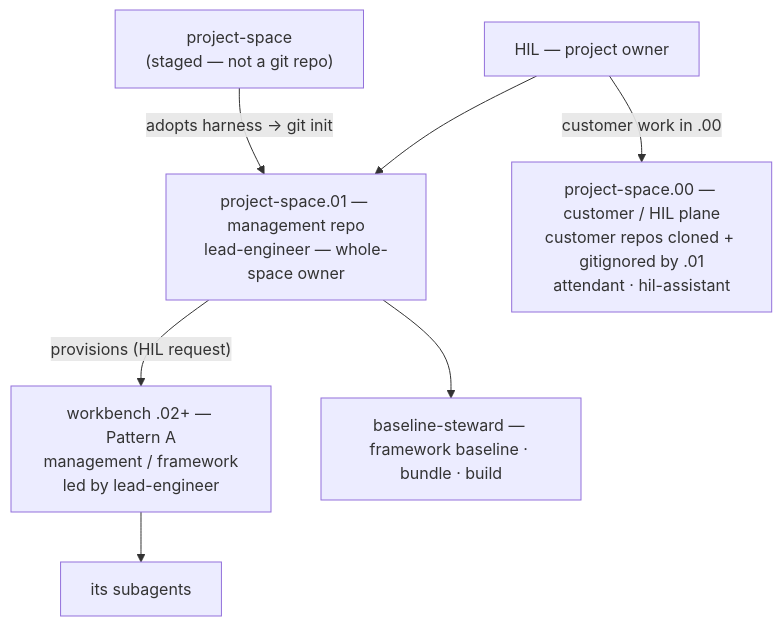
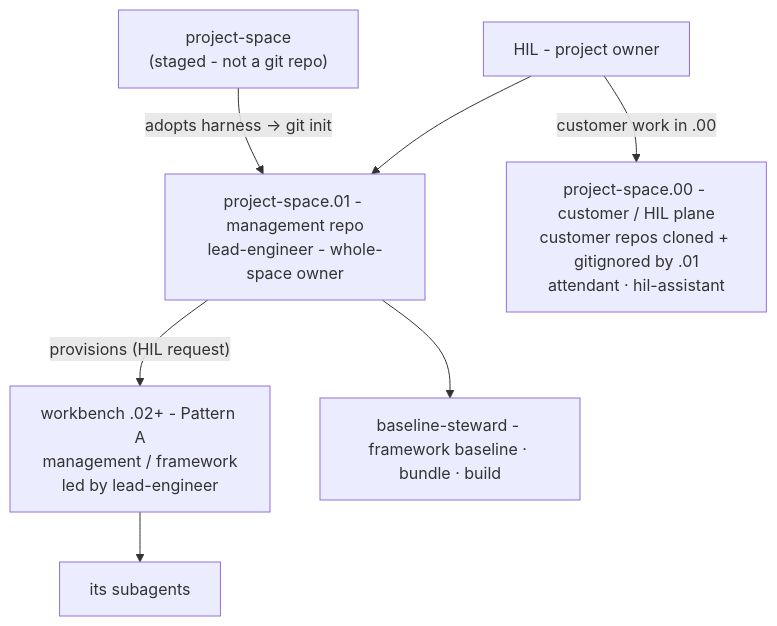
Before and after one commit to sworley/AgenticCore: the first of 4 diagrams in mddocs/onboarding/visual-overview.md, drawn with Mermaid. The commit also changed other lines of this file and 224 other files, not shown here.

````diff
--- a/mddocs/onboarding/visual-overview.md
+++ b/mddocs/onboarding/visual-overview.md
@@ -26,16 +26,16 @@
 ```mermaid
 flowchart TD
-    P["project-space<br/>(staged — not a git repo)"] -->|"adopts harness → git init"| ONE
+    P["project-space<br/>(staged - not a git repo)"] -->|"adopts harness → git init"| ONE
 
-    HIL["HIL — project owner"] --> ONE
+    HIL["HIL - project owner"] --> ONE
     HIL -->|"customer work in .00"| ZERO
 
-    ONE["project-space.01 — management repo<br/>lead-engineer — whole-space owner"]
+    ONE["project-space.01 - management repo<br/>lead-engineer - whole-space owner"]
 
-    ZERO["project-space.00 — customer / HIL plane<br/>customer repos cloned + gitignored by .01<br/>attendant · hil-assistant"]
+    ZERO["project-space.00 - customer / HIL plane<br/>customer repos cloned + gitignored by .01<br/>attendant · hil-assistant"]
 
-    ONE -->|"provisions (HIL request)"| A2["workbench .02+ — Pattern A<br/>management / framework<br/>led by lead-engineer"]
+    ONE -->|"provisions (HIL request)"| A2["workbench .02+ - Pattern A<br/>management / framework<br/>led by lead-engineer"]
     A2 --> SA[its subagents]
 
-    ONE --> BS[baseline-steward — framework baseline · bundle · build]
+    ONE --> BS[baseline-steward - framework baseline · bundle · build]
 ```
````
